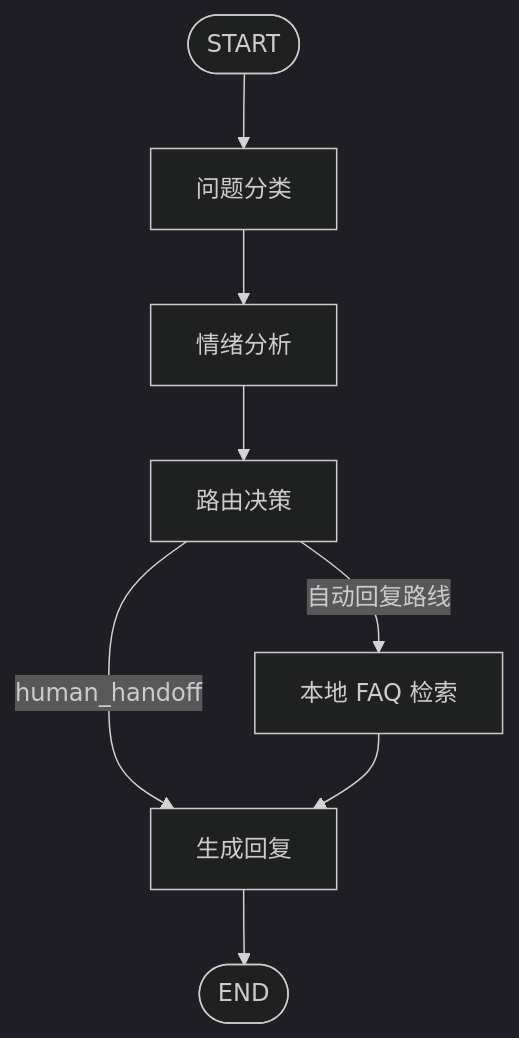
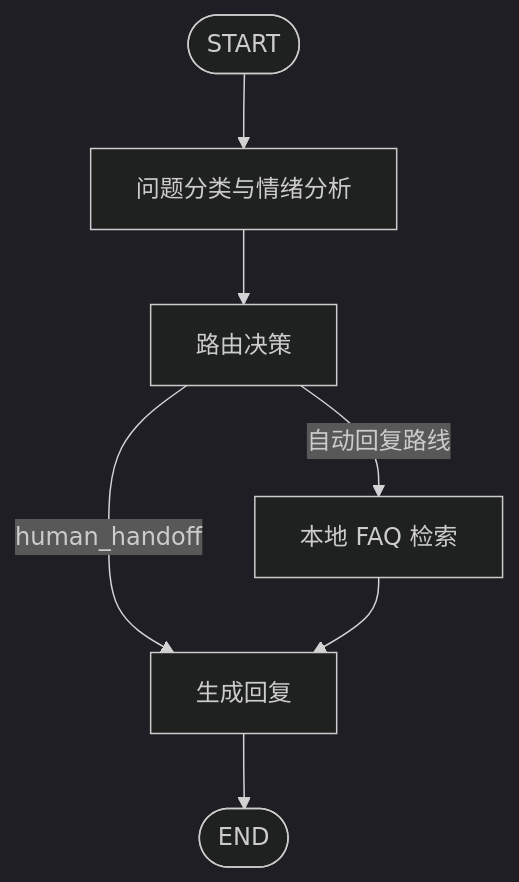
Before and after one commit to Lynchzhan/Intelligent-Customer-Service---Xiao-Zhi: the diagram in README.md, drawn with Mermaid (dark theme). The commit also changed other lines of this file and 7 other files, not shown here.

````diff
--- a/README.md
+++ b/README.md
@@ -29,10 +29,9 @@
 ```mermaid
 flowchart TD
-    Start([START]) --> Categorize[问题分类]
-    Categorize --> Sentiment[情绪分析]
-    Sentiment --> Route[路由决策]
+    Start([START]) --> Analyze[问题分类与情绪分析]
+    Analyze --> Route[路由决策]
     Route -->|human_handoff| Response[生成回复]
     Route -->|自动回复路线| FAQ[本地 FAQ 检索]
     FAQ --> Response
     Response --> End([END])
 ```
````
